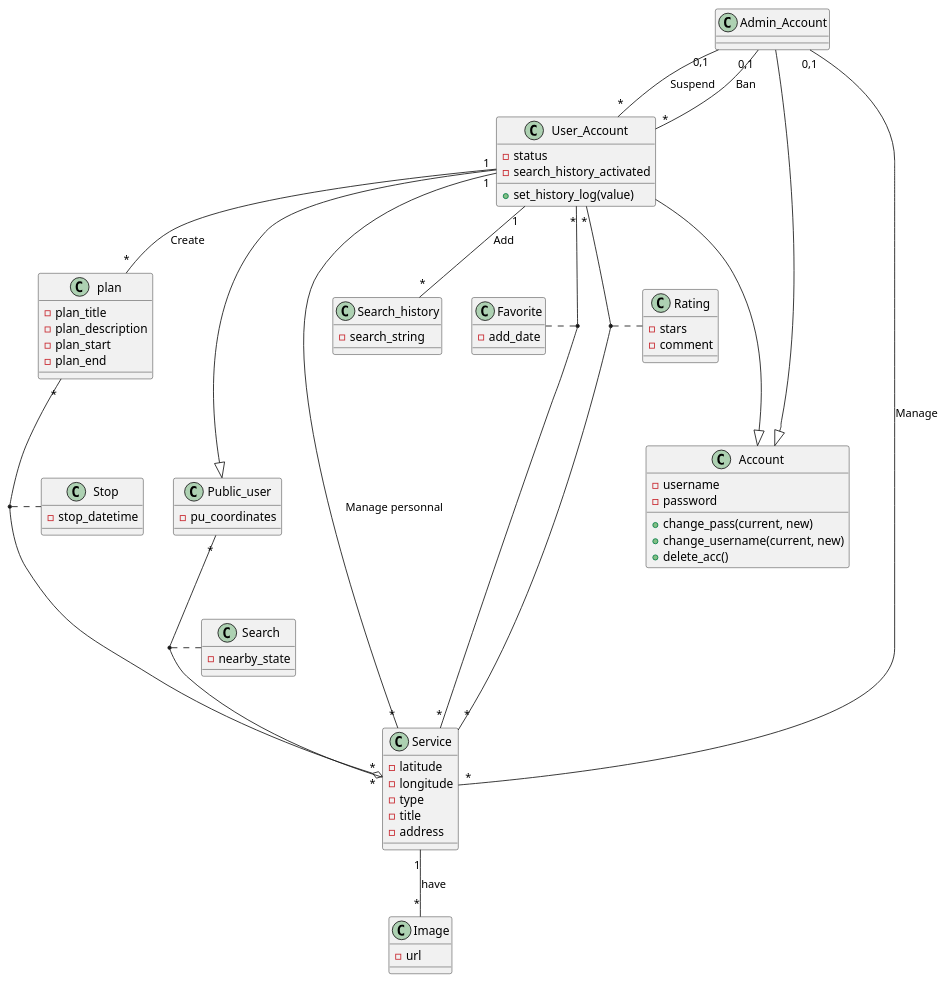
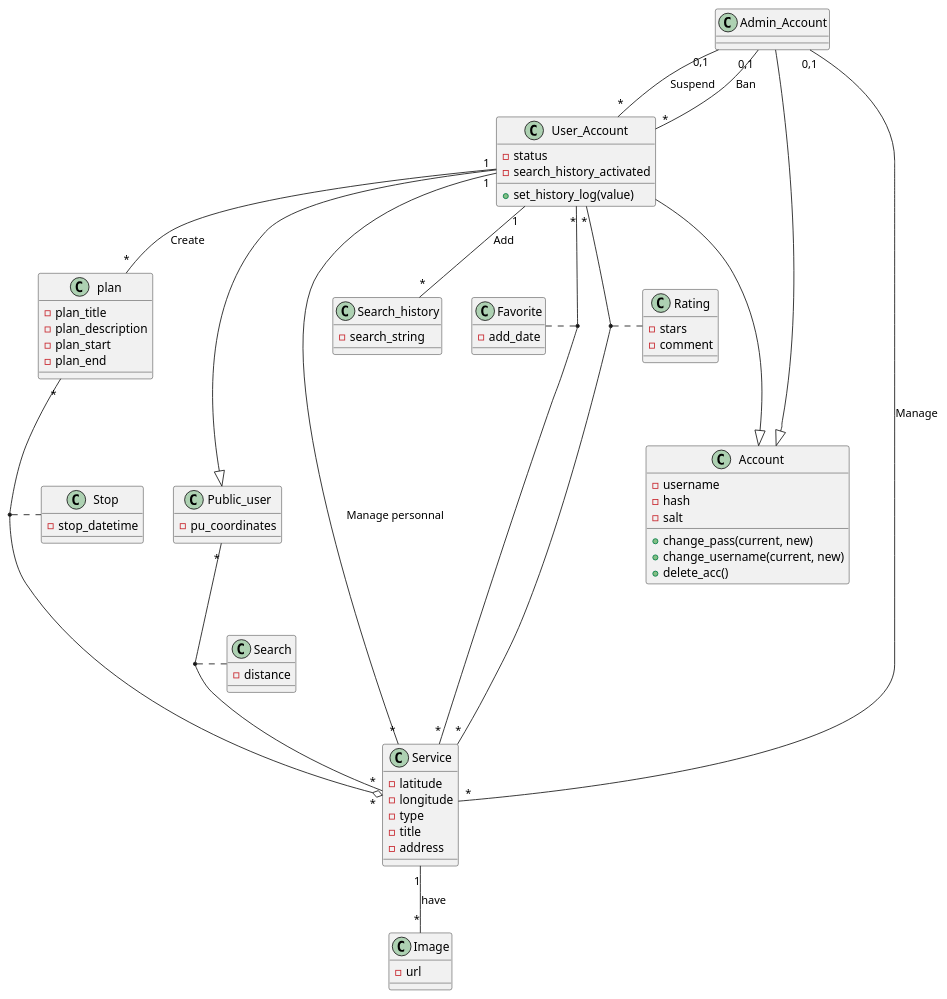
One commit to techguyseli/touristy changed the diagram in rapport/class.pu. Above: the diagram before and after it, drawn with PlantUML. The commit also changed 2 other files, not shown here.

Commit message:
refined class diagram and database script

```diff
--- a/rapport/class.pu
+++ b/rapport/class.pu
@@ -1,71 +1,72 @@
 @startuml class_diag
 
 class Public_user
 Public_user : -pu_coordinates
 Public_user "*" -- "*" Service
 (Public_user, Service) . Search
 
 class Account
 Account : -username
-Account : -password
+Account : -hash
+Account : -salt
 Account : +change_pass(current, new)
 Account : +change_username(current, new)
 Account : +delete_acc()
 
 class Admin_Account
 Admin_Account ---|> Account
 Admin_Account "0,1" -- "*" User_Account : Suspend
 Admin_Account "0,1" -- "*" User_Account : Ban
 Admin_Account "0,1" -- "*" Service : Manage
 
 class User_Account
 User_Account : -status
 User_Account : -search_history_activated
 User_Account : +set_history_log(value)
 User_Account ---|> Account
 User_Account ---|> Public_user
 User_Account "1" -- "*" plan : Create
 User_Account "*" -- "*" Service
 (User_Account, Service) . Favorite
 User_Account "*" -- "*" Service
 (User_Account, Service) . Rating
 User_Account "1" -- "*" Search_history : Add
 User_Account "1" -- "*" Service : Manage personnal
 
 class Search
-Search : -nearby_state
+Search : -distance
 
 class Service
 Service : -latitude
 Service : -longitude
 Service : -type
 Service : -title
 Service : -address
 Service "1" -- "*" Image : have
 
 class Search_history
 Search_history : -search_string
 
 class Image
 Image : -url
 
 class Stop
 Stop : -stop_datetime
 
 class plan
 plan : -plan_title
 plan : -plan_description
 plan : -plan_start
 plan : -plan_end
 plan "*" --o "*" Service
 (plan, Service) . Stop
 
 class Favorite
 Favorite : -add_date
 
 class Rating
 Rating : -stars
 Rating : -comment
 
 
 @enduml
```
